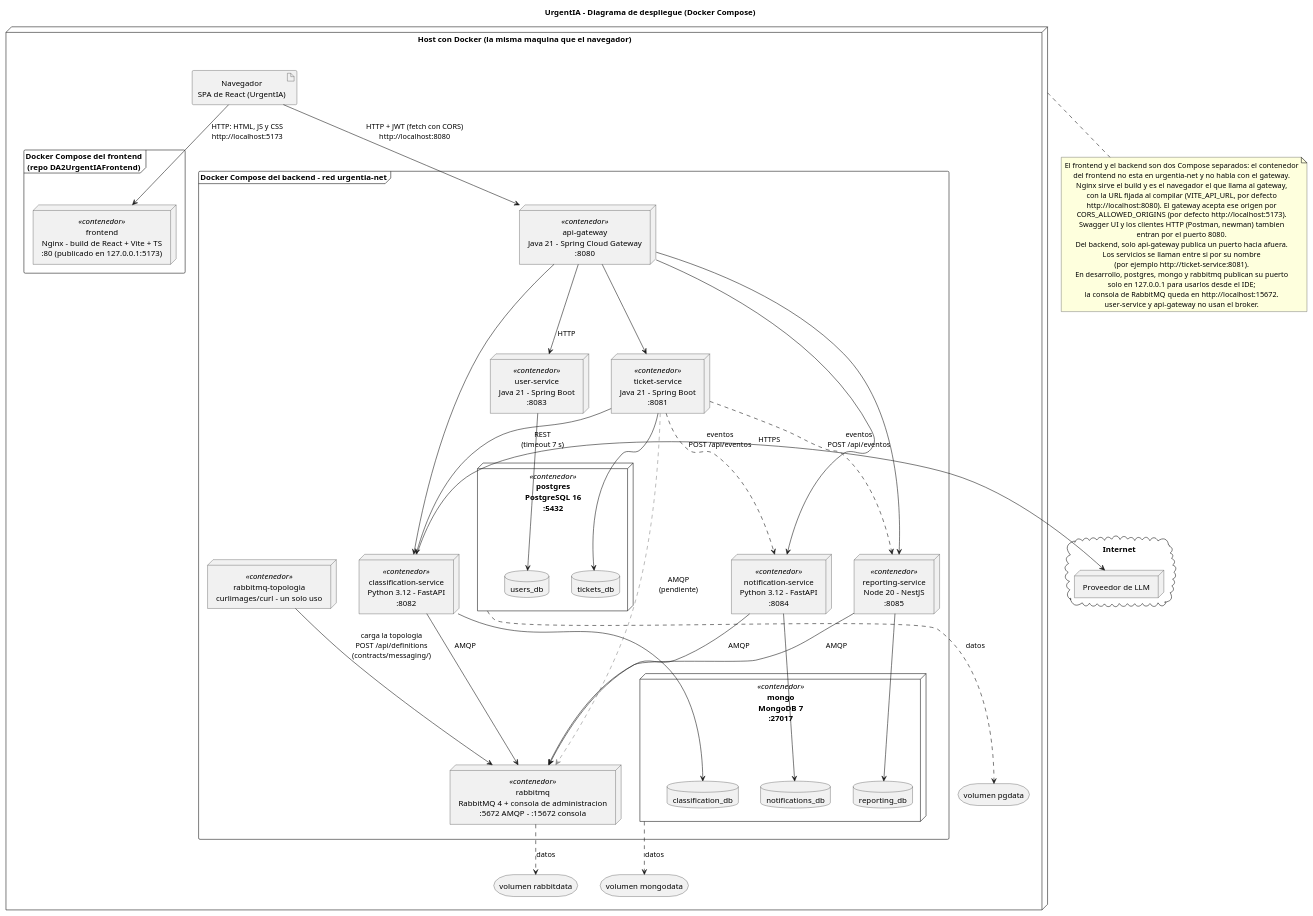
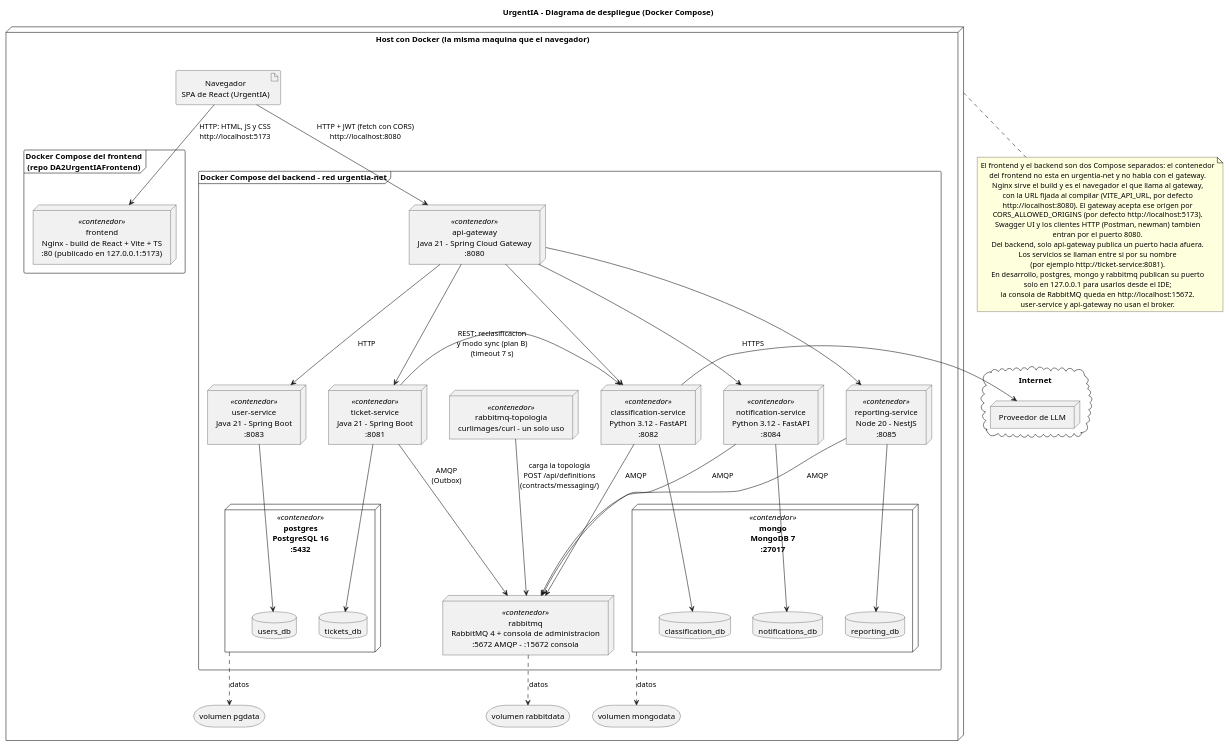
One commit to AVFare/DA2UrgentIABackend changed the diagram in docs/diagrams/despliegue.puml. Above: the diagram before and after it, drawn with PlantUML. The commit also changed 1 other file, not shown here.

Commit message:
docs(diagramas): conecta ticket-service a RabbitMQ y quita los eventos por HTTP en el diagrama de despliegue

```diff
--- a/docs/diagrams/despliegue.puml
+++ b/docs/diagrams/despliegue.puml
@@ -1,112 +1,111 @@
 @startuml despliegue
 title UrgentIA - Diagrama de despliegue (Docker Compose)
 
 skinparam shadowing false
 skinparam defaultTextAlignment center
 skinparam nodesep 40
 skinparam ranksep 55
 
 cloud "Internet" as internet {
   node "Proveedor de LLM" as llm
 }
 
 node "Host con Docker (la misma maquina que el navegador)" as host {
   artifact "Navegador\nSPA de React (UrgentIA)" as navegador
 
   frame "Docker Compose del frontend\n(repo DA2UrgentIAFrontend)" as composefront {
     node "frontend\nNginx - build de React + Vite + TS\n:80 (publicado en 127.0.0.1:5173)" as fe <<contenedor>>
   }
 
   frame "Docker Compose del backend - red urgentia-net" as red {
 
     node "api-gateway\nJava 21 - Spring Cloud Gateway\n:8080" as gw <<contenedor>>
 
     node "user-service\nJava 21 - Spring Boot\n:8083" as us <<contenedor>>
     node "ticket-service\nJava 21 - Spring Boot\n:8081" as ts <<contenedor>>
     node "classification-service\nPython 3.12 - FastAPI\n:8082" as cs <<contenedor>>
     node "notification-service\nPython 3.12 - FastAPI\n:8084" as ns <<contenedor>>
     node "reporting-service\nNode 20 - NestJS\n:8085" as rs <<contenedor>>
 
     node "postgres\nPostgreSQL 16\n:5432" as pg <<contenedor>> {
       database "users_db" as usersdb
       database "tickets_db" as ticketsdb
     }
 
     node "rabbitmq\nRabbitMQ 4 + consola de administracion\n:5672 AMQP - :15672 consola" as rmq <<contenedor>>
     node "rabbitmq-topologia\ncurlimages/curl - un solo uso" as topo <<contenedor>>
 
     node "mongo\nMongoDB 7\n:27017" as mongo <<contenedor>> {
       database "classification_db" as classdb
       database "notifications_db" as notifdb
       database "reporting_db" as repdb
     }
   }
 
   storage "volumen pgdata" as pgdata
   storage "volumen mongodata" as mongodata
   storage "volumen rabbitdata" as rabbitdata
 }
 
 us -[hidden]right- ts
 
 ' Nginx solo entrega los archivos estaticos; no hace de proxy hacia el gateway.
 navegador --> fe : HTTP: HTML, JS y CSS\nhttp://localhost:5173
 ' La SPA, ya cargada en el navegador, llama al gateway en VITE_API_URL.
 navegador --> gw : HTTP + JWT (fetch con CORS)\nhttp://localhost:8080
 
 ' El gateway rutea por HTTP a los cinco servicios.
 gw --> us : HTTP
 gw --> ts
 gw --> cs
 gw --> ns
 gw --> rs
 
-' Llamadas entre servicios, sin pasar por el gateway.
-ts -right-> cs : REST\n(timeout 7 s)
-ts ..> ns : eventos\nPOST /api/eventos
-ts ..> rs : eventos\nPOST /api/eventos
+' Llamada directa entre servicios, sin pasar por el gateway: solo para reclasificar
+' y para el plan B (CLASIFICACION_MODO=sync). El alta pide la clasificacion por la cola.
+ts -right-> cs : REST: reclasificacion\ny modo sync (plan B)\n(timeout 7 s)
 
-'' Mensajeria: los servicios que producen o consumen mensajes se conectan
+' Mensajeria: los servicios que producen o consumen mensajes se conectan
 ' al broker con RABBITMQ_URL. Las colas las define contracts/messaging/.
-' ticket-service ya recibe RABBITMQ_URL, pero todavia no tiene codigo AMQP:
-' la flecha gris queda como pendiente hasta que se sume.
-ts -[#888888,dashed]-> rmq : AMQP\n(pendiente)
+' ticket-service publica los eventos y ClasificacionSolicitada desde el Outbox
+' y consume ClasificacionGenerada; ya no manda eventos por HTTP.
+ts --> rmq : AMQP\n(Outbox)
 cs --> rmq : AMQP
 ns --> rmq : AMQP
 rs --> rmq : AMQP
 
 ' Corre en cada up, cuando rabbitmq esta sano, y termina. Los cuatro servicios
 ' de arriba arrancan recien cuando termino bien.
 topo --> rmq : carga la topologia\nPOST /api/definitions\n(contracts/messaging/)
 
 ' Cada servicio usa solo su base.
 us --> usersdb
 ts --> ticketsdb
 cs --> classdb
 ns --> notifdb
 rs --> repdb
 
 pg ..> pgdata : datos
 mongo ..> mongodata : datos
 rmq ..> rabbitdata : datos
 
 cs -right-> llm : HTTPS
 
 note bottom of host
   El frontend y el backend son dos Compose separados: el contenedor
   del frontend no esta en urgentia-net y no habla con el gateway.
   Nginx sirve el build y es el navegador el que llama al gateway,
   con la URL fijada al compilar (VITE_API_URL, por defecto
   http://localhost:8080). El gateway acepta ese origen por
   CORS_ALLOWED_ORIGINS (por defecto http://localhost:5173).
   Swagger UI y los clientes HTTP (Postman, newman) tambien
   entran por el puerto 8080.
   Del backend, solo api-gateway publica un puerto hacia afuera.
   Los servicios se llaman entre si por su nombre
   (por ejemplo http://ticket-service:8081).
   En desarrollo, postgres, mongo y rabbitmq publican su puerto
   solo en 127.0.0.1 para usarlos desde el IDE;
   la consola de RabbitMQ queda en http://localhost:15672.
   user-service y api-gateway no usan el broker.
 end note
 @enduml
```
